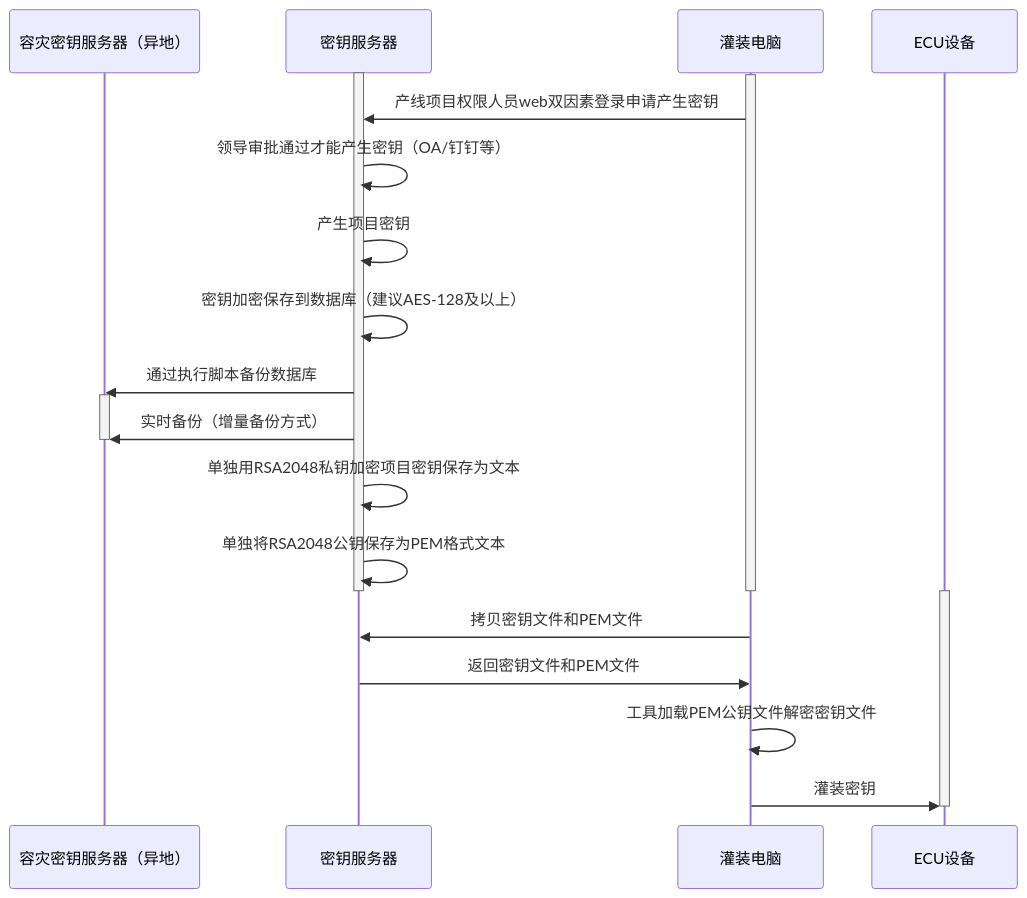
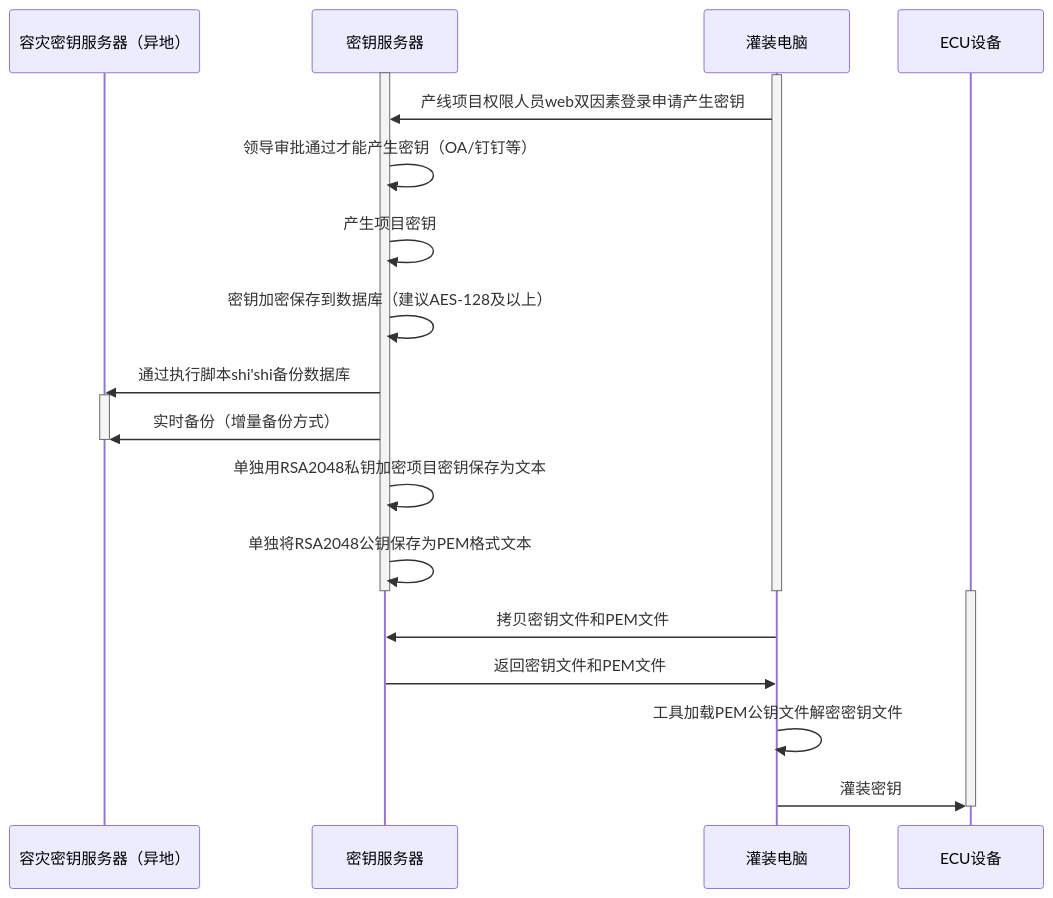
One commit to facebook-cloud/iodraw-files changed the diagram in all/未命名-15.md. Above: the diagram before and after it, drawn with Mermaid.

Commit message:
2026-02-11 19:32:43 update

````diff
--- a/all/未命名-15.md
+++ b/all/未命名-15.md
@@ -1,31 +1,31 @@
 ```mermaid
 sequenceDiagram
     participant A as 容灾密钥服务器（异地）
     participant B as 密钥服务器
     participant D as 灌装电脑
     participant E as ECU设备
 
     activate B
     activate D
     D->>B: 产线项目权限人员web双因素登录申请产生密钥
     B->>B: 领导审批通过才能产生密钥（OA/钉钉等）
     B->>B: 产生项目密钥
     B->>B: 密钥加密保存到数据库（建议AES-128及以上）
-    B->>A: 通过执行脚本备份数据库
+    B->>A: 通过执行脚本shi'shi备份数据库
 
     activate A
     B->>A: 实时备份（增量备份方式）
     deactivate A
     B->>B: 单独用RSA2048私钥加密项目密钥保存为文本
     B->>B: 单独将RSA2048公钥保存为PEM格式文本
     deactivate B
     deactivate D
 
     activate E
     D->>B: 拷贝密钥文件和PEM文件
     B->>D: 返回密钥文件和PEM文件
     D->>D:工具加载PEM公钥文件解密密钥文件
     D->>E: 灌装密钥
     deactivate E
 
 ```
````
